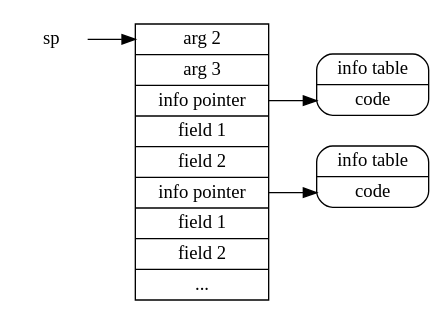
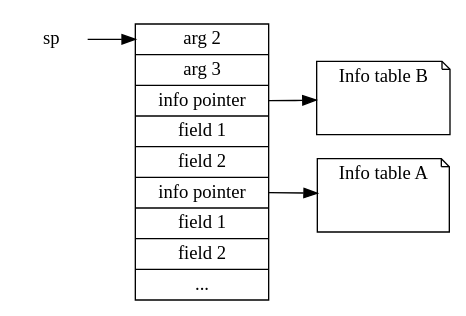
Before and after one commit to Tarrasch/exjobb: the diagram in report/fig/stack_at_call.dot, drawn with Graphviz.

Commit message:
Clarify stack_at_call

```diff
--- a/report/fig/stack_at_call.dot
+++ b/report/fig/stack_at_call.dot
@@ -1,16 +1,16 @@
 digraph {
     node [shape=record];
     sp [shape="plaintext"]
     sp -> stack:top
     stack [label="<top>arg 2| arg 3|<ip1>info pointer | field 1 | field 2 |<ip2> info pointer | field 1 | field 2 | ... "];
-    table1 [shape=Mrecord, label="info table | <it1> code"];
-    table2 [shape=Mrecord, label="info table | <it2> code"];
-    stack:ip1 -> table1:it1;
-    stack:ip2 -> table2:it2;
+    table1 [shape=note, label="Info table B\n\n\n"];
+    table2 [shape=note, label="Info table A\n\n\n"];
+    stack:ip1 -> table1;
+    stack:ip2 -> table2;
     /* struct1 [label="<f0> left|<f1> middle|<f2> right"]; */
     /* struct2 [label="<f0> one|<f1> two"]; */
     /* struct3 [label="hello&#92;nworld |{ b |{c|<here> d|e}| f}| g | h"]; */
     /* struct1:f1 -> struct2:f0; */
     /* struct1:f2 -> struct3:here; */
   rankdir="LR"
 }
```
